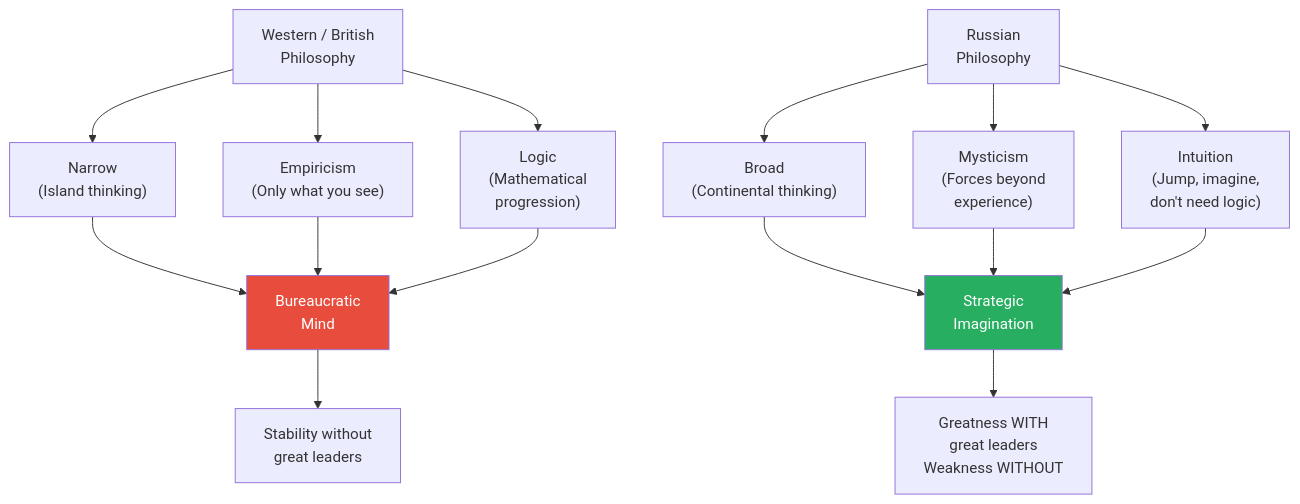
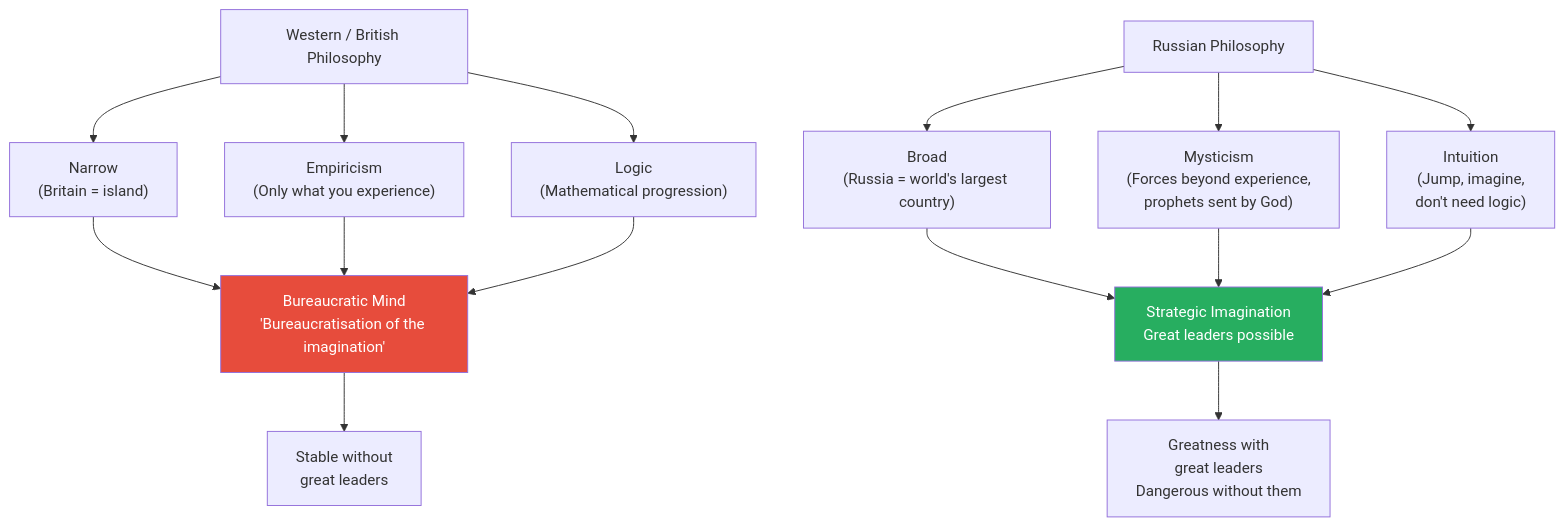
One commit to alius33/reader changed the tenth of 11 diagrams in summaries/Lectures/Geo-Strategy/10 - Putin's Strategic Imagination.md. Above: the diagram before and after it, drawn with Mermaid. The commit also changed other lines of this file and 26 other files, not shown here.

````diff
--- a/summaries/Lectures/Geo-Strategy/10 - Putin's Strategic Imagination.md
+++ b/summaries/Lectures/Geo-Strategy/10 - Putin's Strategic Imagination.md
@@ -718,21 +520,21 @@
 ```mermaid
 flowchart TB
-    W["Western / British<br/>Philosophy"]
-    R["Russian<br/>Philosophy"]
-    W --> N["Narrow<br/>(Island thinking)"]
-    W --> E["Empiricism<br/>(Only what you see)"]
-    W --> L["Logic<br/>(Mathematical<br/>progression)"]
-    R --> B["Broad<br/>(Continental thinking)"]
-    R --> M["Mysticism<br/>(Forces beyond<br/>experience)"]
+    W["Western / British Philosophy"]
+    R["Russian Philosophy"]
+    W --> N["Narrow<br/>(Britain = island)"]
+    W --> E["Empiricism<br/>(Only what you experience)"]
+    W --> L["Logic<br/>(Mathematical progression)"]
+    R --> B["Broad<br/>(Russia = world's largest country)"]
+    R --> M["Mysticism<br/>(Forces beyond experience,<br/>prophets sent by God)"]
     R --> I["Intuition<br/>(Jump, imagine,<br/>don't need logic)"]
-    N --> BUR["Bureaucratic<br/>Mind"]
+    N --> BUR["Bureaucratic Mind<br/>'Bureaucratisation of the imagination'"]
     E --> BUR
     L --> BUR
-    B --> STR["Strategic<br/>Imagination"]
+    B --> STR["Strategic Imagination<br/>Great leaders possible"]
     M --> STR
     I --> STR
-    BUR --> STAB["Stability without<br/>great leaders"]
-    STR --> GREAT["Greatness WITH<br/>great leaders<br/>Weakness WITHOUT"]
+    BUR --> STAB["Stable without<br/>great leaders"]
+    STR --> GREAT["Greatness with<br/>great leaders<br/>Dangerous without them"]
     style BUR fill:#e74c3c,color:#fff
     style STR fill:#27ae60,color:#fff
 ```
````
